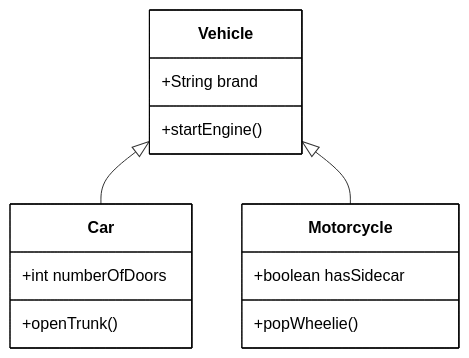
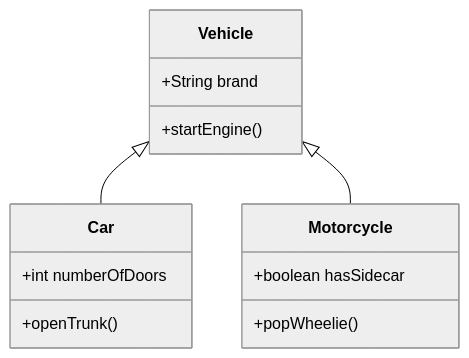
The diagram in instruction/object-oriented-programming/object-oriented-programming.md (byucsstudent/cs240v2), drawn with Mermaid before and after one commit. The commit also changed other lines of this file, not shown here.

````diff
--- a/instruction/object-oriented-programming/object-oriented-programming.md
+++ b/instruction/object-oriented-programming/object-oriented-programming.md
@@ -52,18 +52,19 @@
 ```mermaid
+%%{init: { 'theme': 'neutral', 'themeVariables': { 'lineColor': '#000000', 'primaryTextColor': '#000000', 'actorBorder': '#000000', 'participantBorder': '#000000', 'noteBorderColor': '#000000' } }}%%
+
 classDiagram
     class Vehicle {
         +String brand
         +startEngine()
     }
     class Car {
         +int numberOfDoors
         +openTrunk()
     }
     class Motorcycle {
         +boolean hasSidecar
         +popWheelie()
     }
     Vehicle <|-- Car
     Vehicle <|-- Motorcycle
-    classDef default fill:#ffffff,stroke:#000000,color:#000000,stroke-width:1px;
 ```
````
